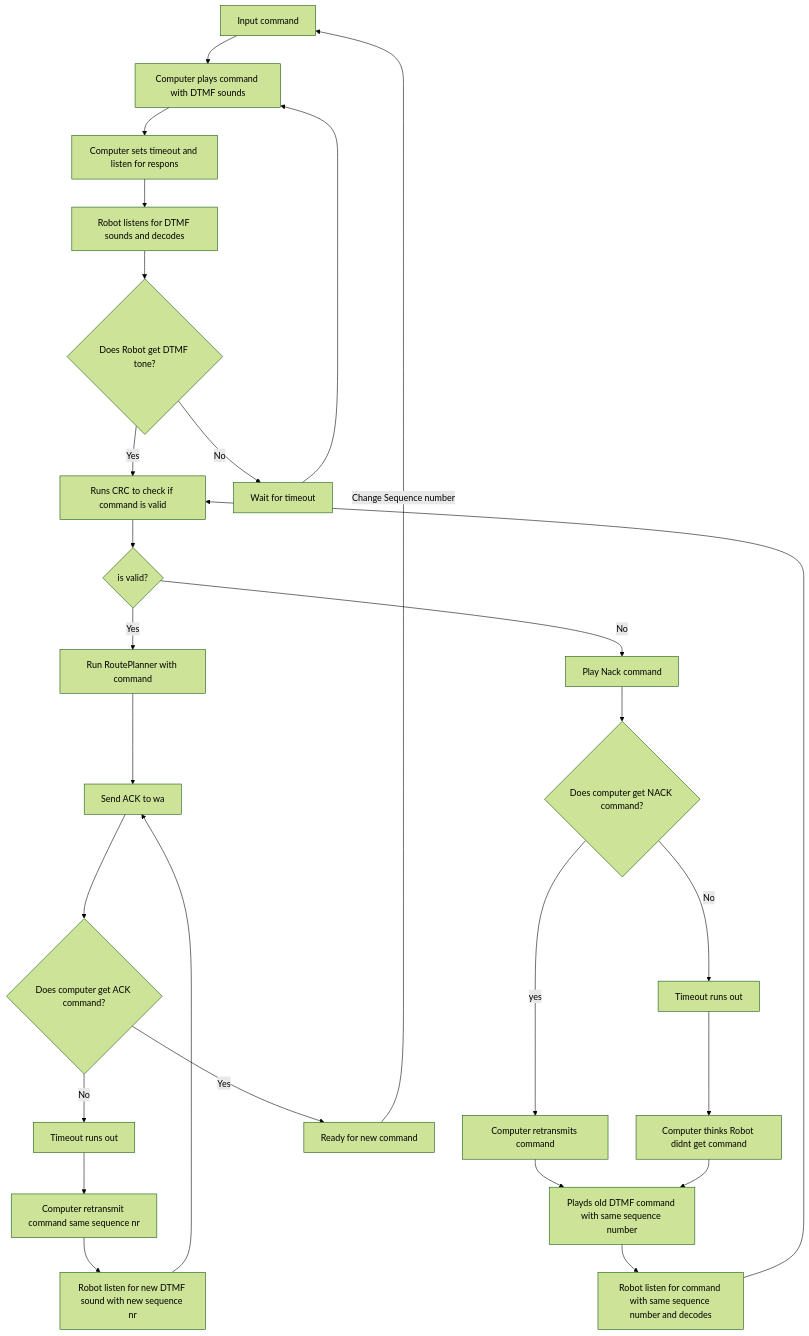
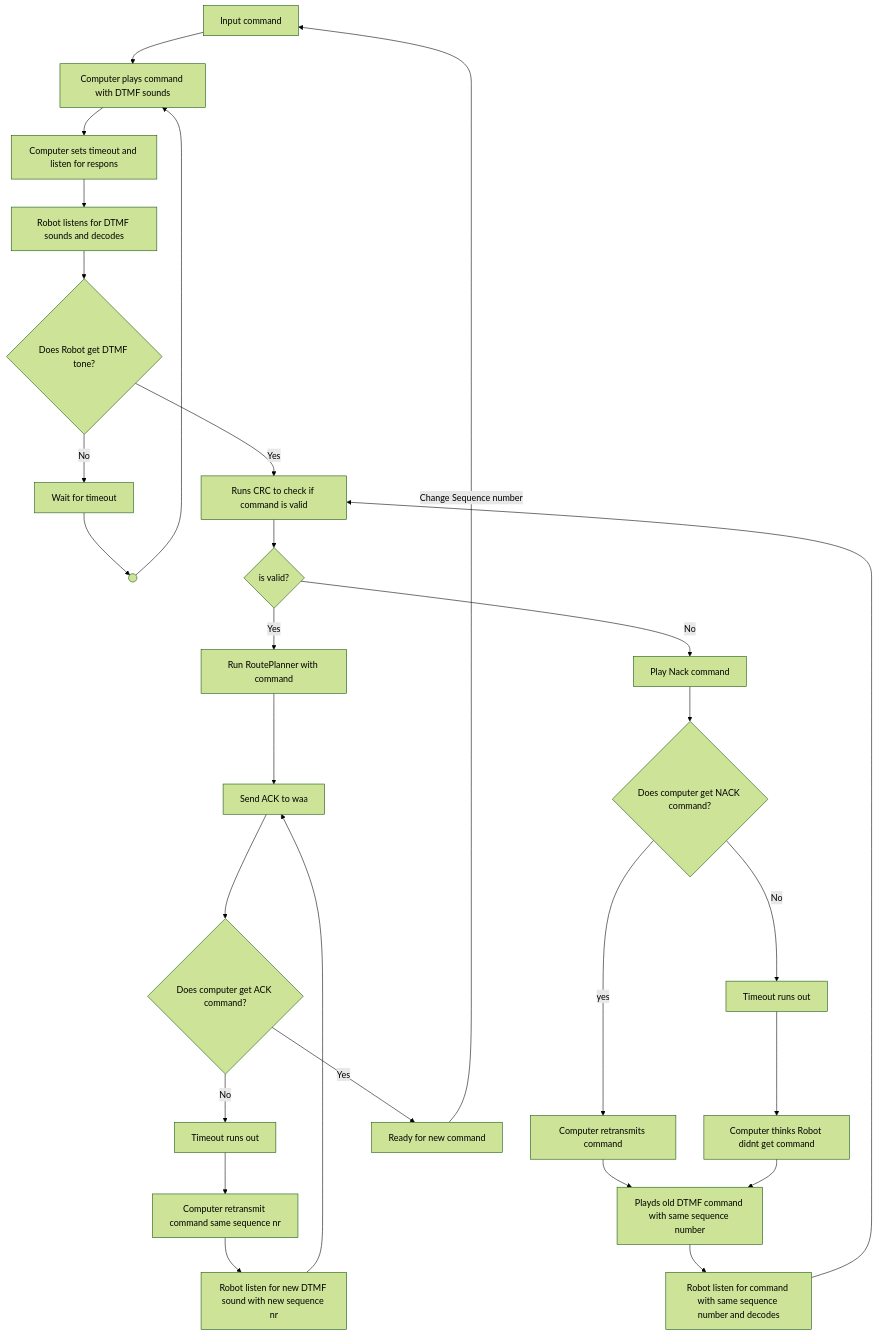
The diagram in ProtocolSpeaker_connection/Flowchart_IdeDesign_Protocol.md (RasKil02/Semesterproject_3_Mobile_Robot_Systems), drawn with Mermaid (forest theme) before and after one commit. The commit also changed 1 other file, not shown here.

Commit message:
Small Flowchart fix

````diff
--- a/ProtocolSpeaker_connection/Flowchart_IdeDesign_Protocol.md
+++ b/ProtocolSpeaker_connection/Flowchart_IdeDesign_Protocol.md
@@ -1,36 +1,37 @@
 ```mermaid
-
 flowchart TD
     A[Input command] --> B[Computer plays command with DTMF sounds]
     B --> C[Computer sets timeout and listen for respons]
 
     C --> D[Robot listens for DTMF sounds and decodes]
     D --> E{Does Robot get DTMF tone?}
     E --> |Yes| V[Runs CRC to check if command is valid]
     E --> |No| W[Wait for timeout]
-    W --> B
+
+    %% Dummy node to avoid unwanted arrow from W → V
+    W --> X(( )) --> B
+
     V --> F{is valid?}
     F --> |Yes| G[Run RoutePlanner with command]
-    G --> H[Send ACK to wa]
+    G --> H[Send ACK to waa]
     F --> |No| I[Play Nack command]
     I --> J{Does computer get NACK command?}
     J --> |yes| K[Computer retransmits command]
     K --> L
     
     J --> |No| M[Timeout runs out]
     M --> N[Computer thinks Robot didnt get command]
 
-
     O --> |Change Sequence number| A
     H --> P{Does computer get ACK command?}
     P --> |Yes| O[Ready for new command]
+
     N --> L[Playds old DTMF command with same sequence number]
     L --> Q[Robot listen for command with same sequence number and decodes]
     Q --> V  
 
     P --> |No| R[Timeout runs out]
     R --> S[Computer retransmit command same sequence nr]
     S --> T[Robot listen for new DTMF sound with new sequence nr]
     T --> H
-
 ```
````
